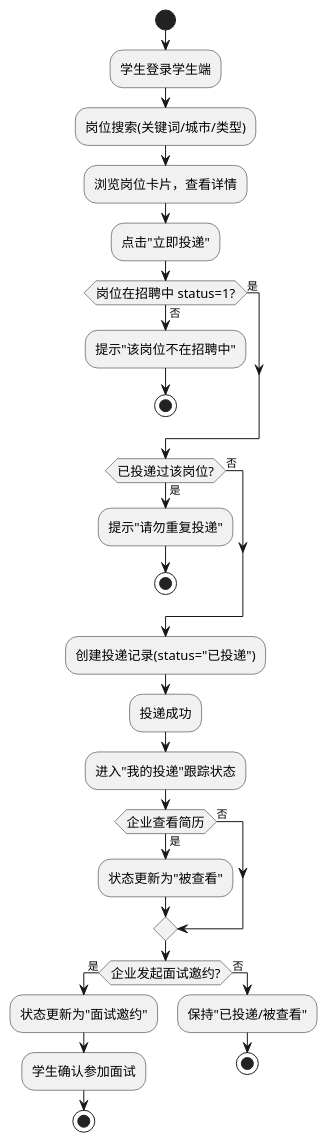
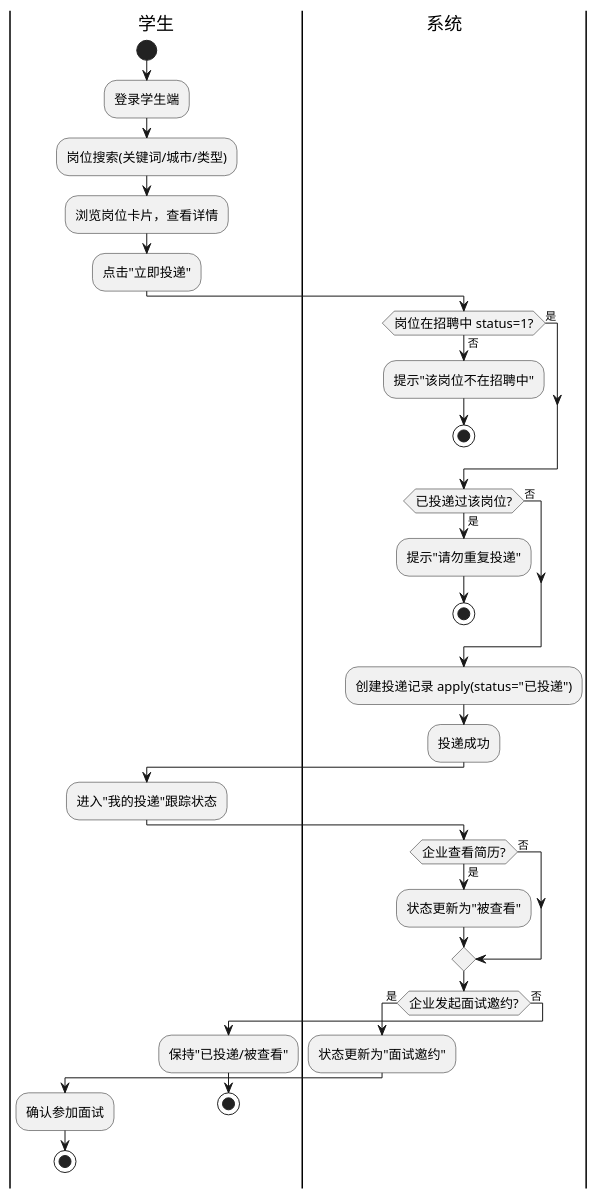
The diagram in uml/季磊/activity-apply.puml (sheep7-bot/recruit-internship-system), drawn with PlantUML before and after one commit. The commit also changed 61 other files, not shown here.

Commit message:
完善 AI 简历解析服务，更新 UML 图集；API Key 改为环境变量读取

```diff
--- a/uml/季磊/activity-apply.puml
+++ b/uml/季磊/activity-apply.puml
@@ -1,37 +1,42 @@
 @startuml 学生投递活动图
 skinparam defaultFontName "Microsoft YaHei"
 skinparam activityDiamondFontSize 13
 skinparam activityFontSize 13
 skinparam defaultTextAlignment center
 
+|学生|
 start
-:学生登录学生端;
+:登录学生端;
 :岗位搜索(关键词/城市/类型);
 :浏览岗位卡片，查看详情;
 :点击"立即投递";
+|系统|
 if (岗位在招聘中 status=1?) then (否)
   :提示"该岗位不在招聘中";
   stop
 else (是)
 endif
 if (已投递过该岗位?) then (是)
   :提示"请勿重复投递";
   stop
 else (否)
 endif
-:创建投递记录(status="已投递");
+:创建投递记录 apply(status="已投递");
 :投递成功;
+|学生|
 :进入"我的投递"跟踪状态;
-if (企业查看简历) then (是)
+|系统|
+if (企业查看简历?) then (是)
   :状态更新为"被查看";
 else (否)
 endif
 if (企业发起面试邀约?) then (是)
   :状态更新为"面试邀约";
-  :学生确认参加面试;
+  |学生|
+  :确认参加面试;
   stop
 else (否)
   :保持"已投递/被查看";
   stop
 endif
 @enduml
```
